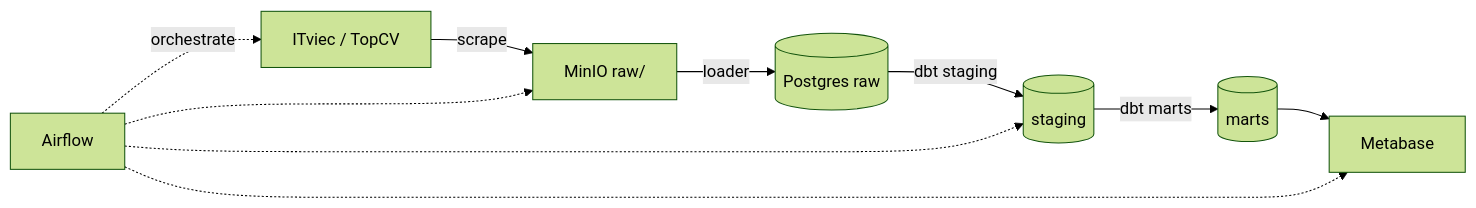
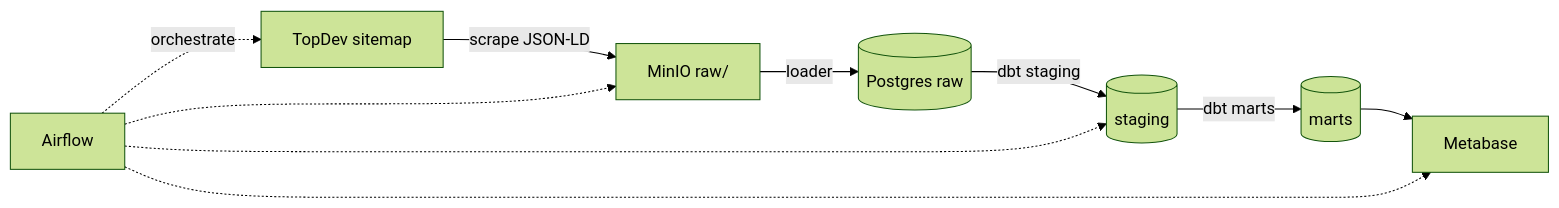
Before and after one commit to tri121212/data-job-market-pipeline: the diagram in README.md, drawn with Mermaid (forest theme). The commit also changed other lines of this file and 5 other files, not shown here.

First line of the commit message:
feat(ingestion): discover TopDev jobs via sitemap and parse JobPosting JSON-LD

````diff
--- a/README.md
+++ b/README.md
@@ -9,12 +9,12 @@
 ```mermaid
 flowchart LR
-    A[ITviec / TopCV] -->|scrape| B[MinIO raw/]
+    A[TopDev sitemap] -->|scrape JSON-LD| B[MinIO raw/]
     B -->|loader| C[(Postgres raw)]
     C -->|dbt staging| D[(staging)]
     D -->|dbt marts| E[(marts)]
     E --> F[Metabase]
     G[Airflow] -.->|orchestrate| A
     G -.-> B
     G -.-> D
     G -.-> F
 ```
````
